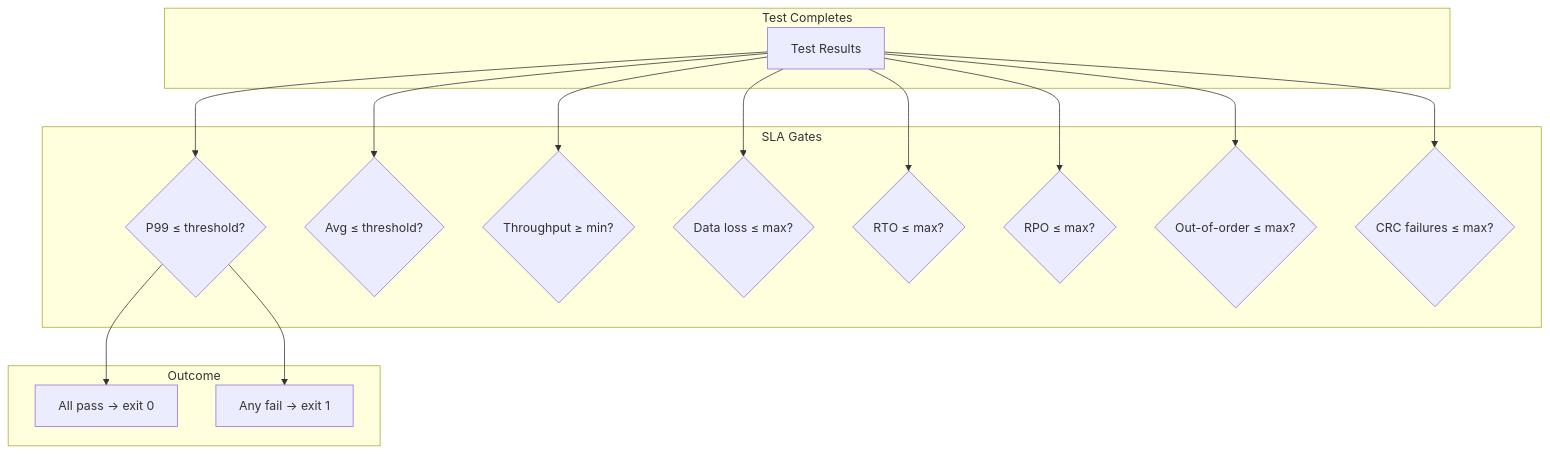
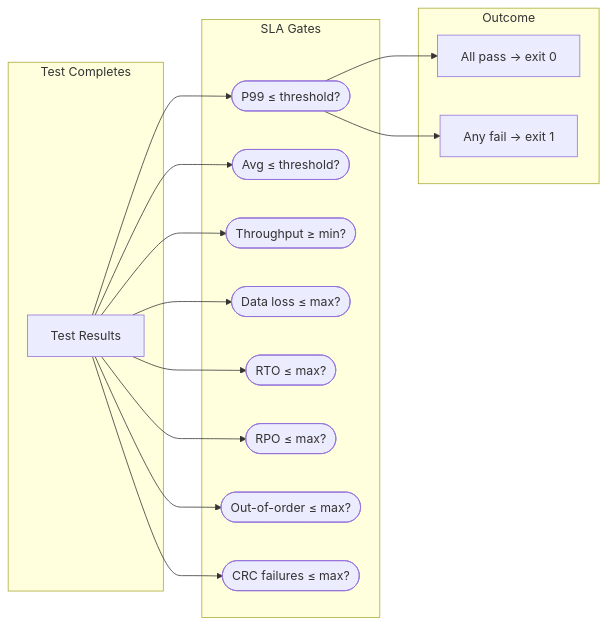
Before and after one commit to actions-marketplace-validations/bmscomp_kates: the second of 2 diagrams in docs/book/13-scenario-files.md, drawn with Mermaid. The commit also changed 21 other files, not shown here.

First line of the commit message:
docs(book): readable code and diagrams, and a light/dark theme (#187)

````diff
--- a/docs/book/13-scenario-files.md
+++ b/docs/book/13-scenario-files.md
@@ -132,22 +132,22 @@
 ```mermaid
-graph TD
+graph LR
     subgraph Test Completes
         R[Test Results]
     end
     
     subgraph SLA Gates
-        R --> G1{"P99 ≤ threshold?"}
-        R --> G2{"Avg ≤ threshold?"}
-        R --> G3{"Throughput ≥ min?"}
-        R --> G5{"Data loss ≤ max?"}
-        R --> G6{"RTO ≤ max?"}
-        R --> G7{"RPO ≤ max?"}
-        R --> G8{"Out-of-order ≤ max?"}
-        R --> G9{"CRC failures ≤ max?"}
+        R --> G1(["P99 ≤ threshold?"])
+        R --> G2(["Avg ≤ threshold?"])
+        R --> G3(["Throughput ≥ min?"])
+        R --> G5(["Data loss ≤ max?"])
+        R --> G6(["RTO ≤ max?"])
+        R --> G7(["RPO ≤ max?"])
+        R --> G8(["Out-of-order ≤ max?"])
+        R --> G9(["CRC failures ≤ max?"])
     end
     
     subgraph Outcome
         G1 --> PASS["All pass → exit 0"]
         G1 --> FAIL["Any fail → exit 1"]
     end
 ```
````
